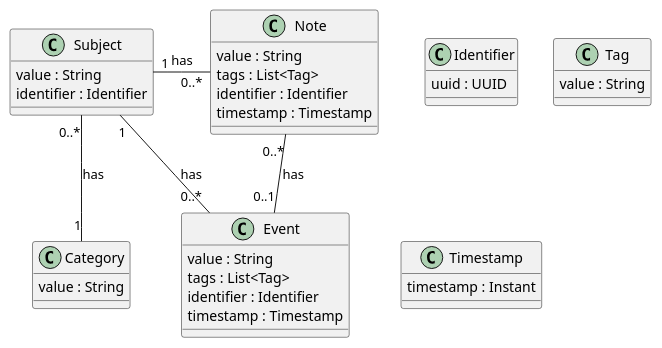
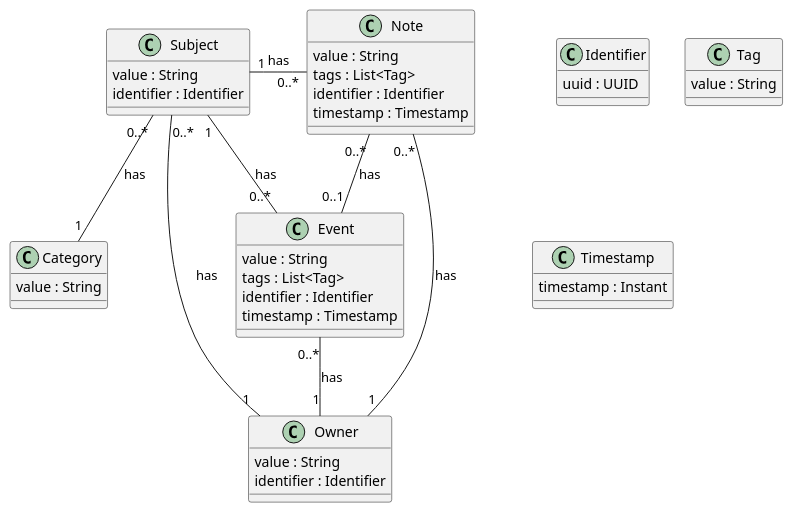
One commit to codeheadsystems/motif changed the diagram in common/docs/model.puml. Above: the diagram before and after it, drawn with PlantUML. The commit also changed 21 other files, not shown here.

```diff
--- a/common/docs/model.puml
+++ b/common/docs/model.puml
@@ -1,36 +1,43 @@
 @startuml
 
 class Identifier {
   uuid : UUID
 }
 class Category {
   value : String
 }
 class Tag {
   value : String
 }
 class Timestamp {
   timestamp : Instant
+}
+class Owner {
+  value : String
+  identifier : Identifier
 }
 class Subject {
   value : String
   identifier : Identifier
 }
 class Event {
   value : String
   tags : List<Tag>
   identifier : Identifier
   timestamp : Timestamp
 }
 class Note {
   value : String
   tags : List<Tag>
   identifier : Identifier
   timestamp : Timestamp
 }
 
 Subject "0..*" -- "1" Category : has
+Subject "0..*" -- "1" Owner : has
+Event "0..*" -- "1" Owner : has
 Event "0..*" -- "1" Subject : has
+Note "0..*" -- "1" Owner : has
 Note "0..*" -left- "1" Subject : has
 Note "0..*" -down- "0..1" Event : has
 @enduml
```
